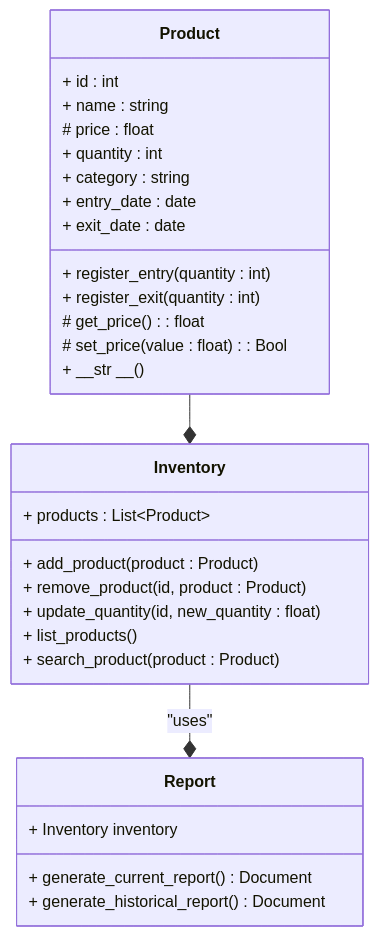
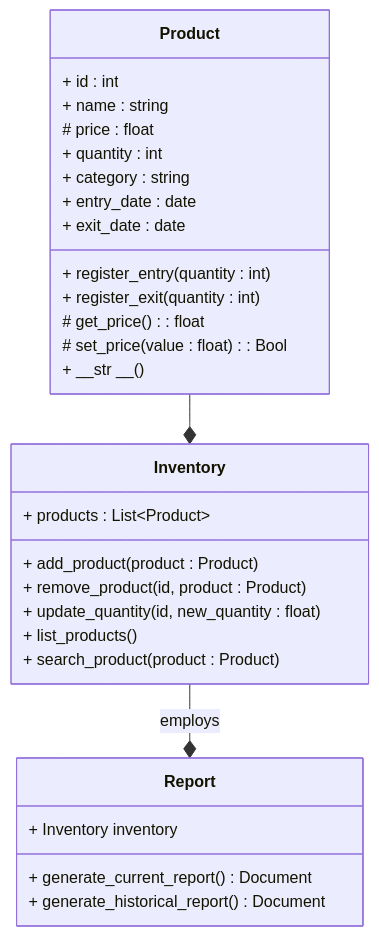
Before and after one commit to nisaespa/project_progress: the diagram in README.md, drawn with Mermaid.

````diff
--- a/README.md
+++ b/README.md
@@ -6,35 +6,35 @@
 ``` mermaid
 classDiagram
     class Product {
         + id : int
         + name : string
         # price : float
         + quantity : int
         + category : string
         + entry_date : date
         + exit_date : date
         + register_entry(quantity : int)
         + register_exit(quantity : int)
         # get_price() : float
         # set_price(value : float) : Bool
         + __str __()
     }
 
     class Inventory {
         + products : List~Product~ 
         + add_product(product : Product)
         + remove_product(id, product : Product)
         + update_quantity(id, new_quantity : float)
         + list_products()
         + search_product(product : Product)
     }
 
     class Report {
         + Inventory inventory
         + generate_current_report() Document
         + generate_historical_report() Document
     }
 
     Product --* Inventory
-    Inventory --* Report : "uses"
+    Inventory --* Report : employs
 ```
````
